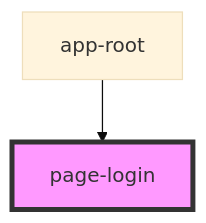
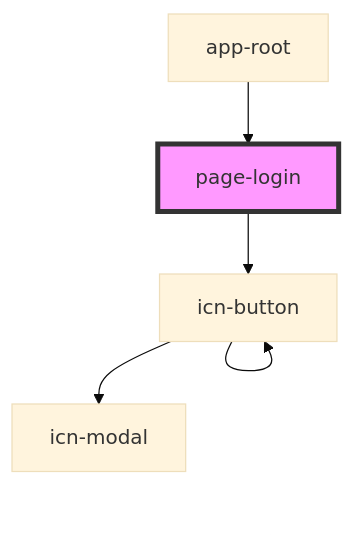
Before and after one commit to lokheed/IconEventNetwork.Web: the diagram in iconeventnetwork-web/src/components/pages/page-login/readme.md, drawn with Mermaid (base theme). The commit also changed other lines of this file and 10 other files, not shown here.

````diff
--- a/iconeventnetwork-web/src/components/pages/page-login/readme.md
+++ b/iconeventnetwork-web/src/components/pages/page-login/readme.md
@@ -15,5 +19,8 @@
 ```mermaid
 graph TD;
+  page-login --> icn-button
+  icn-button --> icn-modal
+  icn-button --> icn-button
   app-root --> page-login
   style page-login fill:#f9f,stroke:#333,stroke-width:4px
 ```
````
